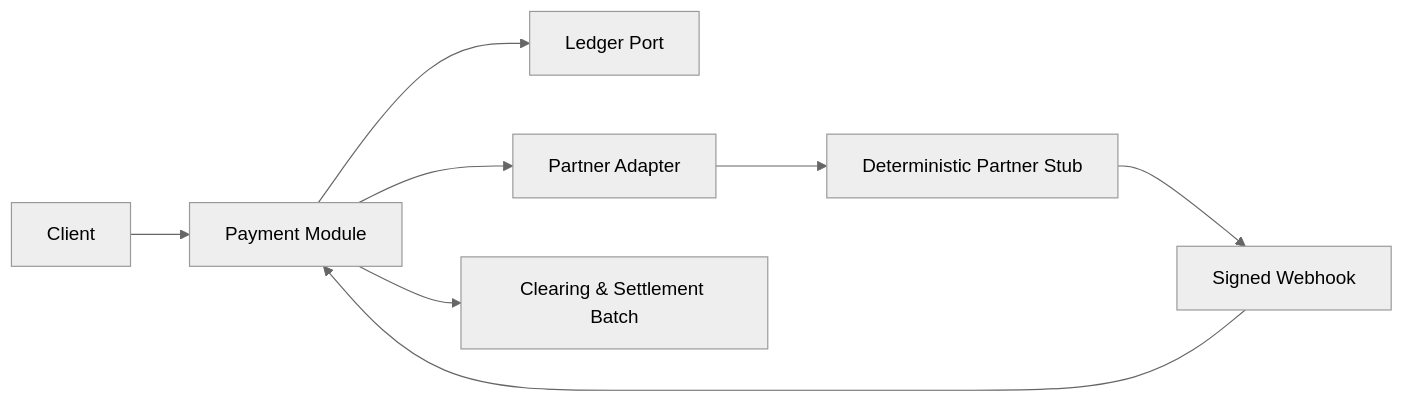
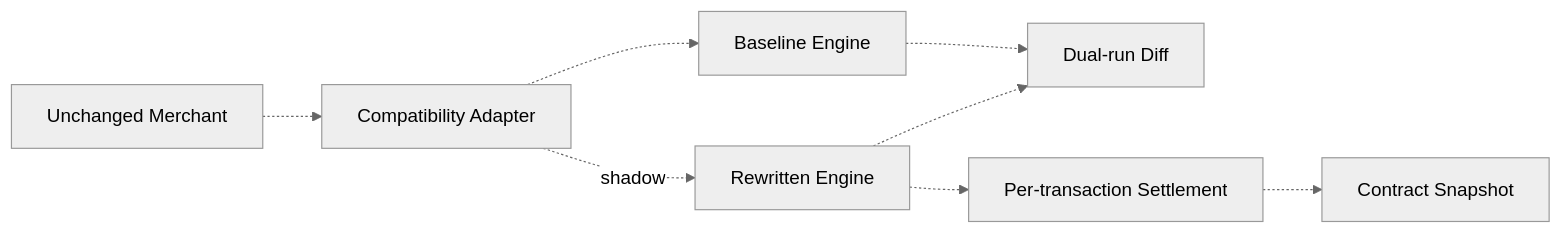
The fourth of 6 diagrams in docs/ARCHITECTURE_EVOLUTION.md (whoisyourbias/financial), drawn with Mermaid (neutral theme) before and after one commit. The commit also changed other lines of this file and 58 other files, not shown here.

Commit message:
docs: redesign roadmap around Toss Payments contracts

````diff
--- a/docs/ARCHITECTURE_EVOLUTION.md
+++ b/docs/ARCHITECTURE_EVOLUTION.md
@@ -56,10 +67,10 @@
 ```mermaid
 flowchart LR
-  CLIENT[Client] --> PAYMENT[Payment Module]
-  PAYMENT --> LEDGER[Ledger Port]
-  PAYMENT --> PARTNER[Partner Adapter]
-  PARTNER --> STUB[Deterministic Partner Stub]
-  STUB --> WEBHOOK[Signed Webhook]
-  WEBHOOK --> PAYMENT
-  PAYMENT --> CLEARING[Clearing & Settlement Batch]
+  MERCHANT[Unchanged Merchant] -.-> COMPAT[Compatibility Adapter]
+  COMPAT -.-> LEGACY[Baseline Engine]
+  COMPAT -. shadow .-> NEW[Rewritten Engine]
+  LEGACY -.-> DIFF[Dual-run Diff]
+  NEW -.-> DIFF
+  NEW -.-> SETTLEMENT[Per-transaction Settlement]
+  SETTLEMENT -.-> SNAPSHOT[Contract Snapshot]
 ```
````
